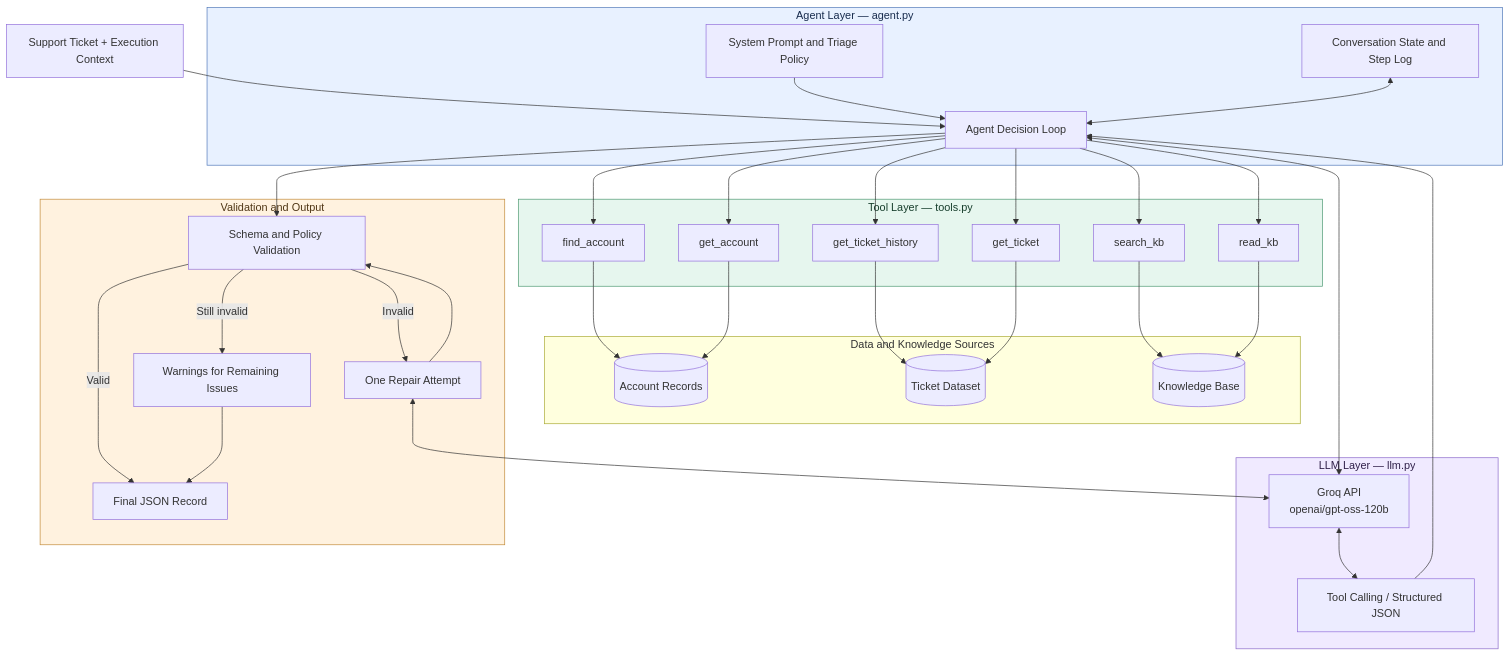
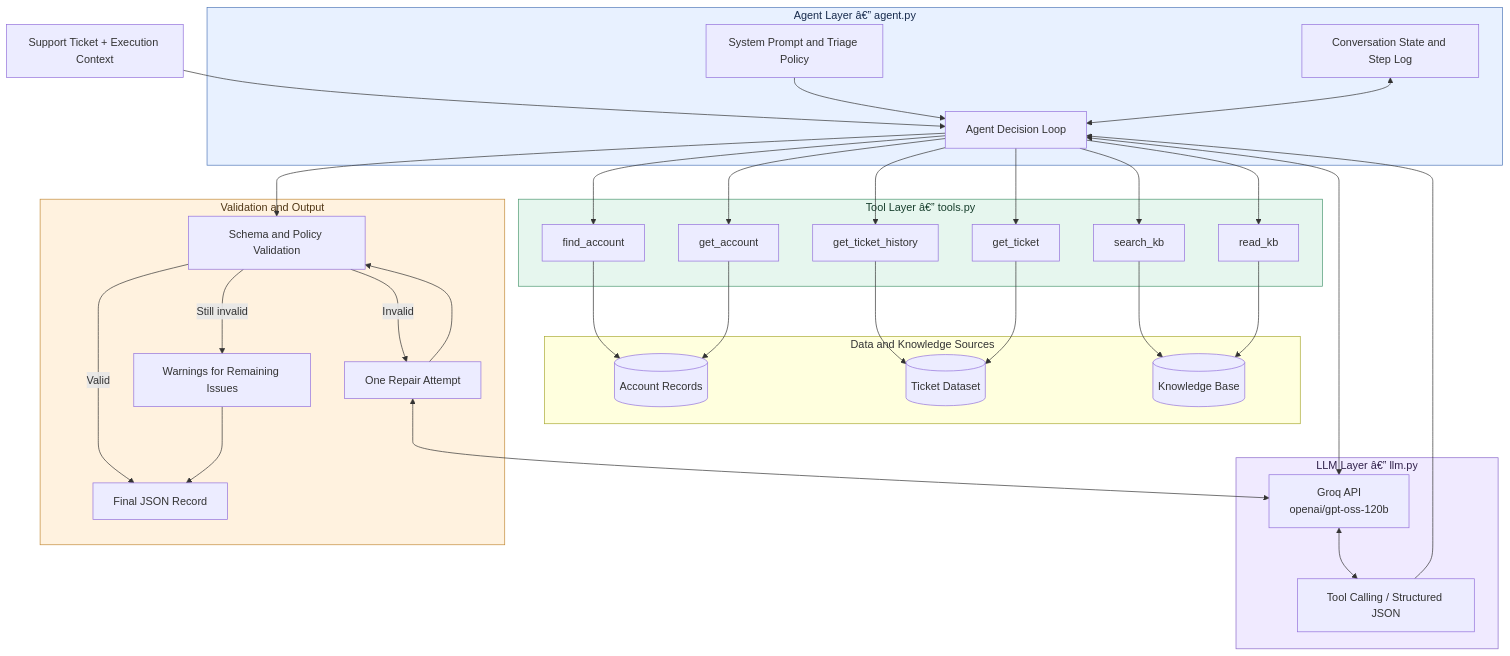
The first of 2 diagrams in README.md (Swamini005/tam-agent), drawn with Mermaid before and after one commit. The commit also changed other lines of this file and 24 other files, not shown here.

Commit message:
fix: restore output schema

````diff
--- a/README.md
+++ b/README.md
@@ -24,71 +24,71 @@
 ```mermaid
 flowchart TB
     INPUT["Support Ticket + Execution Context"]
 
-    subgraph AGENT["Agent Layer — agent.py"]
+    subgraph AGENT["Agent Layer â€” agent.py"]
         LOOP["Agent Decision Loop"]
         PROMPT["System Prompt and Triage Policy"]
         STATE["Conversation State and Step Log"]
     end
 
-    subgraph LLM["LLM Layer — llm.py"]
+    subgraph LLM["LLM Layer â€” llm.py"]
         MODEL["Groq API<br/>openai/gpt-oss-120b"]
         FORMAT["Tool Calling / Structured JSON"]
     end
 
-    subgraph TOOLS["Tool Layer — tools.py"]
+    subgraph TOOLS["Tool Layer â€” tools.py"]
         FA["find_account"]
         GA["get_account"]
         TH["get_ticket_history"]
         GT["get_ticket"]
         SK["search_kb"]
         RK["read_kb"]
     end
 
     subgraph DATA["Data and Knowledge Sources"]
         ACC[("Account Records")]
         TICK[("Ticket Dataset")]
         KB[("Knowledge Base")]
     end
 
     subgraph VALIDATION["Validation and Output"]
         CHECK["Schema and Policy Validation"]
         REPAIR["One Repair Attempt"]
         OUTPUT["Final JSON Record"]
         WARN["Warnings for Remaining Issues"]
     end
 
     INPUT --> LOOP
     PROMPT --> LOOP
     STATE <--> LOOP
     LOOP <--> MODEL
     MODEL <--> FORMAT
     FORMAT --> LOOP
 
     LOOP --> FA
     LOOP --> GA
     LOOP --> TH
     LOOP --> GT
     LOOP --> SK
     LOOP --> RK
 
     FA --> ACC
     GA --> ACC
     TH --> TICK
     GT --> TICK
     SK --> KB
     RK --> KB
 
     LOOP --> CHECK
     CHECK -->|Valid| OUTPUT
     CHECK -->|Invalid| REPAIR
     REPAIR <--> MODEL
     REPAIR --> CHECK
     CHECK -->|Still invalid| WARN
     WARN --> OUTPUT
 
     style AGENT fill:#e8f1ff,stroke:#4f78b8,color:#172b4d
     style LLM fill:#f0eaff,stroke:#8a68c9,color:#30204a
     style TOOLS fill:#e6f6ee,stroke:#4c9871,color:#173e2c
     style VALIDATION fill:#fff2df,stroke:#c28a37,color:#503716
 ```
````
